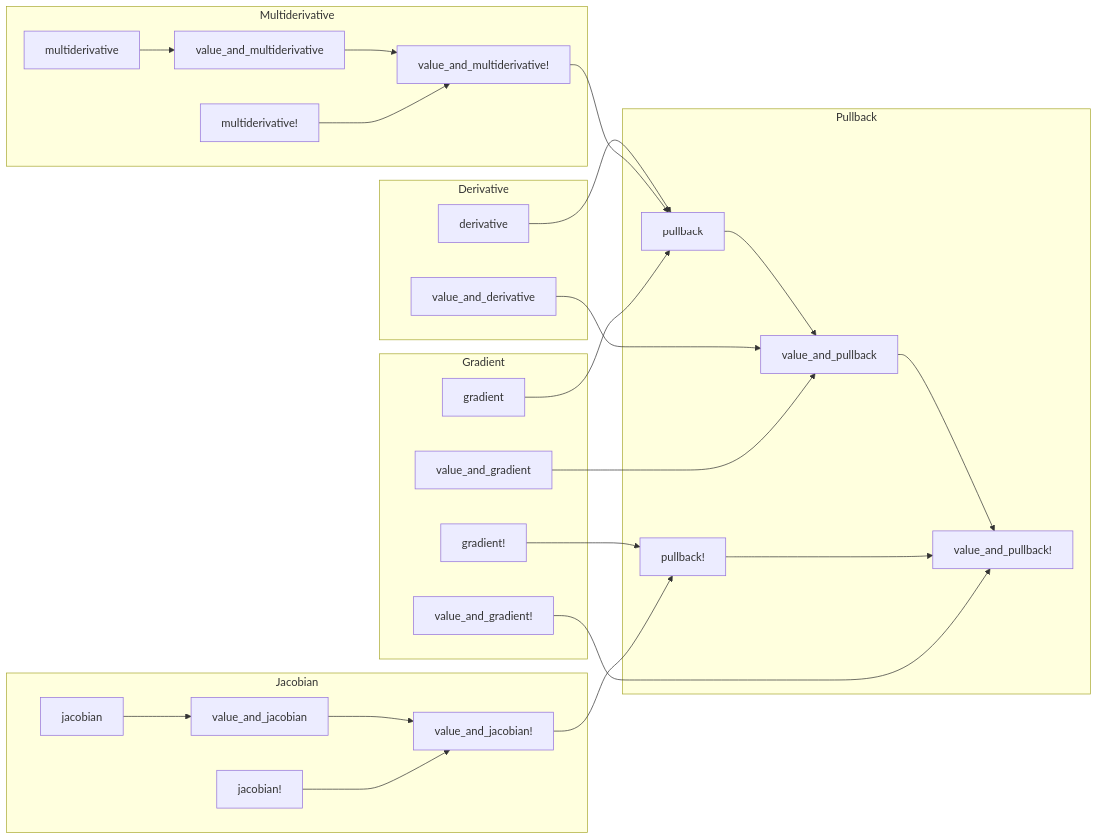
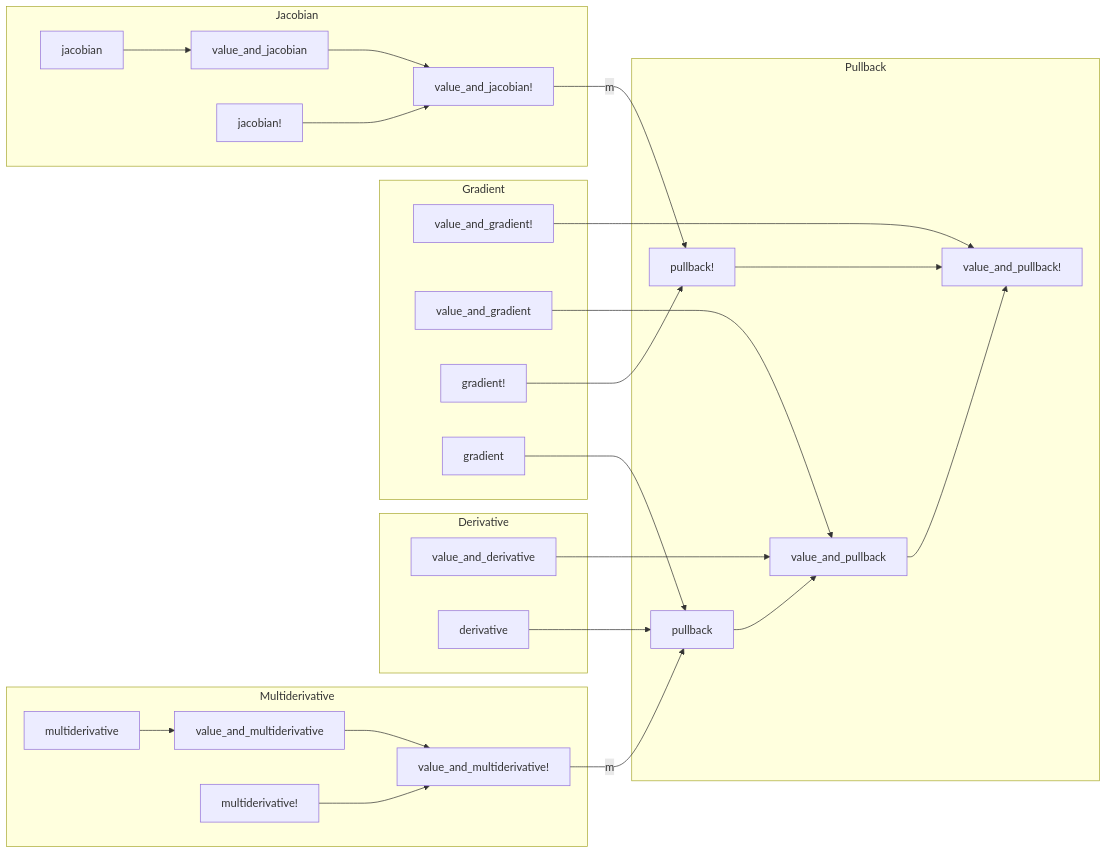
One commit to gdalle/DifferentiationInterface.jl changed the second of 2 diagrams in docs/src/developer.md. Above: the diagram before and after it, drawn with Mermaid. The commit also changed other lines of this file, not shown here.

Commit message:
Fix Mermaid diagrams (#39)

````diff
--- a/docs/src/developer.md
+++ b/docs/src/developer.md
@@ -58,35 +74,44 @@
 ```mermaid
 flowchart LR
-    subgraph Pullback
-    value_and_pullback!
-    value_and_pullback --> value_and_pullback!
-    pullback! --> value_and_pullback!
-    pullback --> value_and_pullback
+    subgraph Derivative
+        value_and_derivative
+        derivative
     end
-    
-    subgraph Derivative
+
     value_and_derivative --> value_and_pullback
     derivative --> pullback
-    end
     
     subgraph Multiderivative
-    value_and_multiderivative! --> pullback
-    value_and_multiderivative --> value_and_multiderivative!
-    multiderivative! --> value_and_multiderivative!
-    multiderivative --> value_and_multiderivative
+        value_and_multiderivative --> value_and_multiderivative!
+        multiderivative! --> value_and_multiderivative!
+        multiderivative --> value_and_multiderivative
     end
 
+    value_and_multiderivative! --> |m|pullback
+
     subgraph Gradient
+        value_and_gradient!
+        value_and_gradient
+        gradient!
+        gradient 
+    end
+
     value_and_gradient! --> value_and_pullback!
     value_and_gradient --> value_and_pullback
     gradient! --> pullback!
     gradient --> pullback
+
+    subgraph Jacobian
+        value_and_jacobian --> value_and_jacobian!
+        jacobian! --> value_and_jacobian!
+        jacobian --> value_and_jacobian
     end
 
-    subgraph Jacobian
-    value_and_jacobian! --> pullback!
-    value_and_jacobian --> value_and_jacobian!
-    jacobian! --> value_and_jacobian!
-    jacobian --> value_and_jacobian
+    value_and_jacobian! --> |m|pullback!
+
+    subgraph Pullback
+        value_and_pullback --> value_and_pullback!
+        pullback! --> value_and_pullback!
+        pullback --> value_and_pullback
     end
 ```
````
